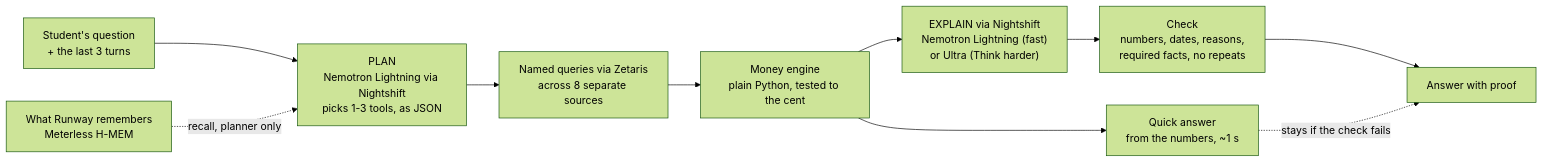
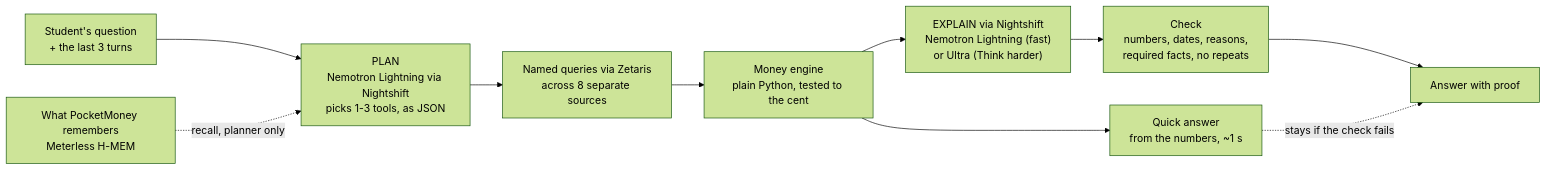
One commit to earg555890/Runway-GenAi-10.27 changed the diagram in README.md. Above: the diagram before and after it, drawn with Mermaid (forest theme). The commit also changed other lines of this file and 53 other files, not shown here.

First line of the commit message:
Rename the app to PocketMoney: The Financing App Built For Students

````diff
--- a/README.md
+++ b/README.md
@@ -198,12 +200,12 @@
 ```mermaid
 flowchart LR
     Q["Student's question<br/>+ the last 3 turns"] --> P["PLAN<br/>Nemotron Lightning via Nightshift<br/>picks 1-3 tools, as JSON"]
-    M["What Runway remembers<br/>Meterless H-MEM"] -. "recall, planner only" .-> P
+    M["What PocketMoney remembers<br/>Meterless H-MEM"] -. "recall, planner only" .-> P
     P --> D["Named queries via Zetaris<br/>across 8 separate sources"]
     D --> E["Money engine<br/>plain Python, tested to the cent"]
     E --> K["Quick answer<br/>from the numbers, ~1 s"]
     E --> X["EXPLAIN via Nightshift<br/>Nemotron Lightning (fast)<br/>or Ultra (Think harder)"]
     X --> C["Check<br/>numbers, dates, reasons,<br/>required facts, no repeats"]
     C --> A[Answer with proof]
     K -. "stays if the check fails" .-> A
 ```
````
